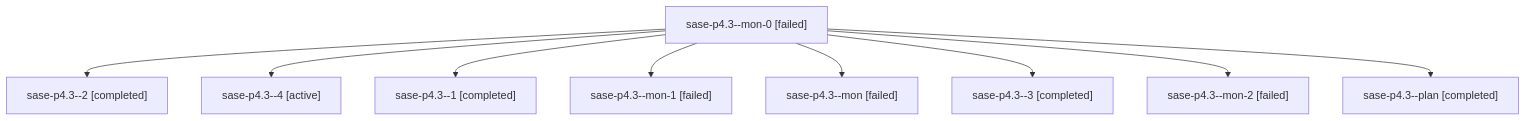
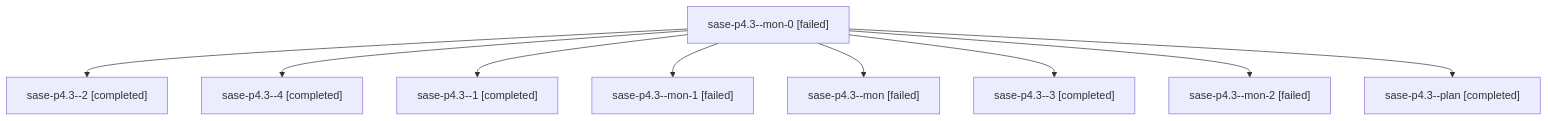
The diagram in families/bbugyi200.athena.sase-p4.3.md (sase-org/sase--agents), drawn with Mermaid before and after one commit. The commit also changed other lines of this file and 315 other files, not shown here.

````diff
--- a/families/bbugyi200.athena.sase-p4.3.md
+++ b/families/bbugyi200.athena.sase-p4.3.md
@@ -9,20 +9,20 @@
 ```mermaid
 flowchart TD
   n0["sase-p4.3--mon-0 [failed]"]
   n1["sase-p4.3--2 [completed]"]
   n0 --> n1
-  n2["sase-p4.3--4 [active]"]
+  n2["sase-p4.3--4 [completed]"]
   n0 --> n2
   n3["sase-p4.3--1 [completed]"]
   n0 --> n3
   n4["sase-p4.3--mon-1 [failed]"]
   n0 --> n4
   n5["sase-p4.3--mon [failed]"]
   n0 --> n5
   n6["sase-p4.3--3 [completed]"]
   n0 --> n6
   n7["sase-p4.3--mon-2 [failed]"]
   n0 --> n7
   n8["sase-p4.3--plan [completed]"]
   n0 --> n8
 ```
````
